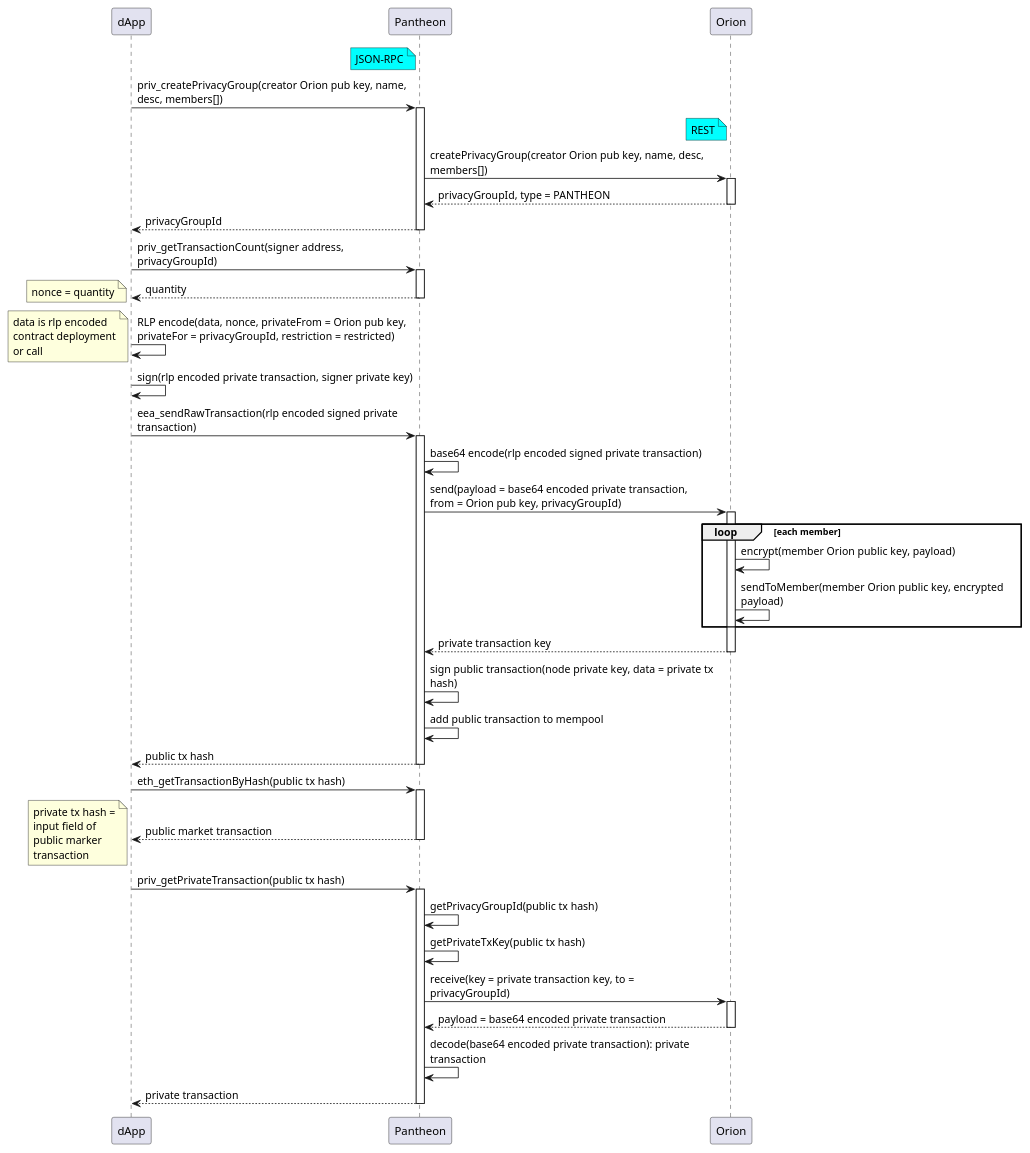
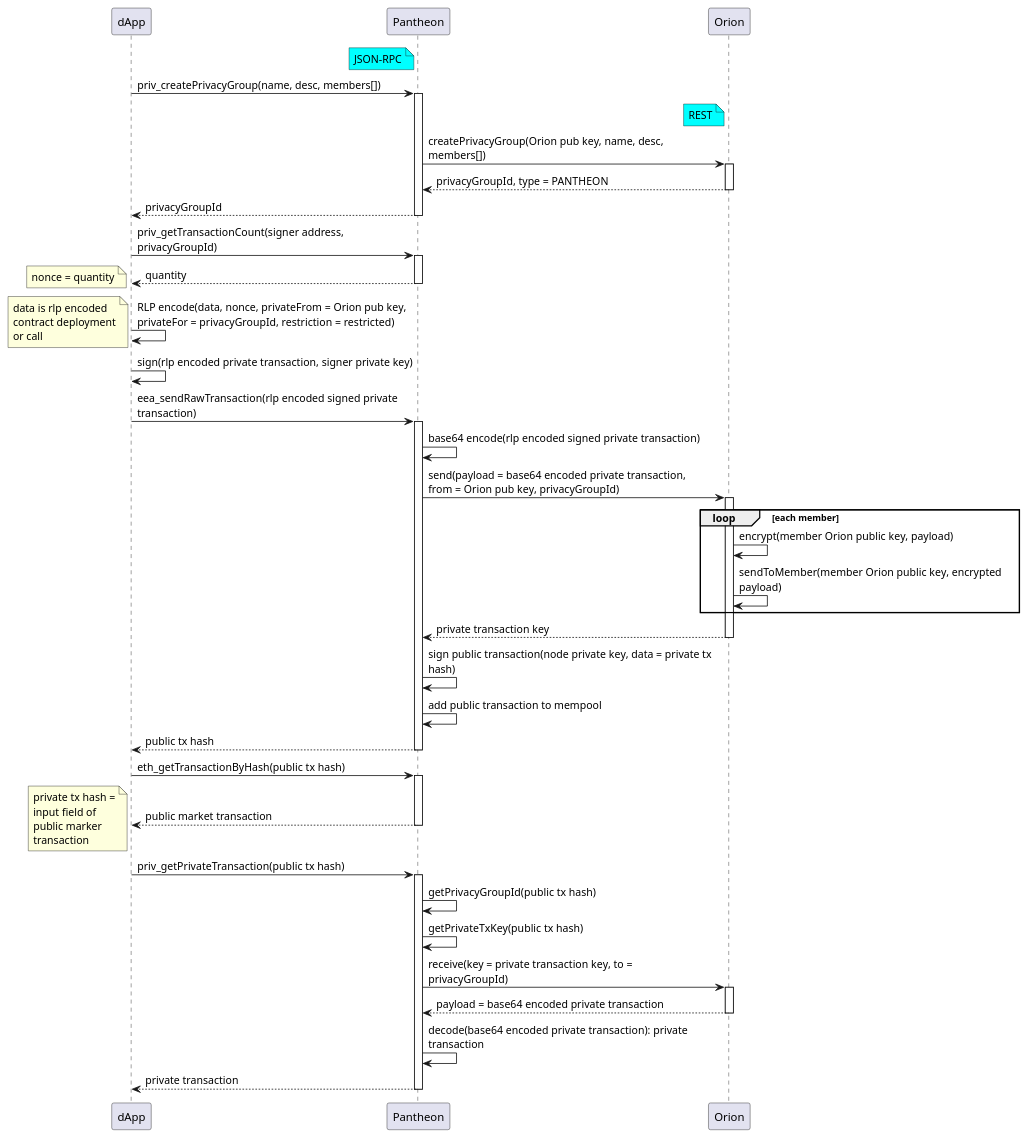
Before and after one commit to Consensys/hyperledger-besu-ethers: the diagram in docs/pantheonSendTransaction.puml, drawn with PlantUML. The commit also changed 7 other files, not shown here.

Commit message:
dropped privateFrom para from createPrivacyGroup API

```diff
--- a/docs/pantheonSendTransaction.puml
+++ b/docs/pantheonSendTransaction.puml
@@ -1,70 +1,70 @@
 @startuml
 skinparam maxMessageSize 350 
 
 participant dApp
 participant Pantheon
 participant Orion
 
 note left of Pantheon #aqua: JSON-RPC
 
 ' reatePrivacyGroup
-dApp -> Pantheon: priv_createPrivacyGroup(creator Orion pub key, name, desc, members[])
+dApp -> Pantheon: priv_createPrivacyGroup(name, desc, members[])
 activate Pantheon
 note left of Orion #aqua: REST
-Pantheon -> Orion: createPrivacyGroup(creator Orion pub key, name, desc, members[])
+Pantheon -> Orion: createPrivacyGroup(Orion pub key, name, desc, members[])
 activate Orion
 return privacyGroupId, type = PANTHEON
 return privacyGroupId
 
 ' getTransactionCount
 dApp -> Pantheon: priv_getTransactionCount(signer address, privacyGroupId)
 activate Pantheon
 return quantity
 note left: nonce = quantity
 
 dApp->dApp: RLP encode(data, nonce, privateFrom = Orion pub key, privateFor = privacyGroupId, restriction = restricted)
 note left
     data is rlp encoded
     contract deployment
     or call
 end note
 dApp->dApp: sign(rlp encoded private transaction, signer private key)
 
 ' sendRawTransaction
 dApp -> Pantheon: eea_sendRawTransaction(rlp encoded signed private transaction)
 activate Pantheon
 Pantheon -> Pantheon: base64 encode(rlp encoded signed private transaction)
 Pantheon -> Orion: send(payload = base64 encoded private transaction, from = Orion pub key, privacyGroupId)
 activate Orion
 loop each member
 Orion -> Orion: encrypt(member Orion public key, payload)
 Orion -> Orion: sendToMember(member Orion public key, encrypted payload)
 end
 return private transaction key
 Pantheon -> Pantheon: sign public transaction(node private key, data = private tx hash)
 Pantheon -> Pantheon: add public transaction to mempool
 return public tx hash
 
 ' getTransactionByHash
 dApp -> Pantheon: eth_getTransactionByHash(public tx hash)
 activate Pantheon
 return public market transaction
 note left
     private tx hash =
     input field of
     public marker
     transaction
 end note
 
 ' getPrivateTransaction
 dApp -> Pantheon: priv_getPrivateTransaction(public tx hash)
 activate Pantheon
 Pantheon -> Pantheon: getPrivacyGroupId(public tx hash)
 Pantheon -> Pantheon: getPrivateTxKey(public tx hash)
 Pantheon -> Orion: receive(key = private transaction key, to = privacyGroupId)
 activate Orion
 return payload = base64 encoded private transaction
 Pantheon -> Pantheon: decode(base64 encoded private transaction): private transaction
 return private transaction
 
 @enduml
```
